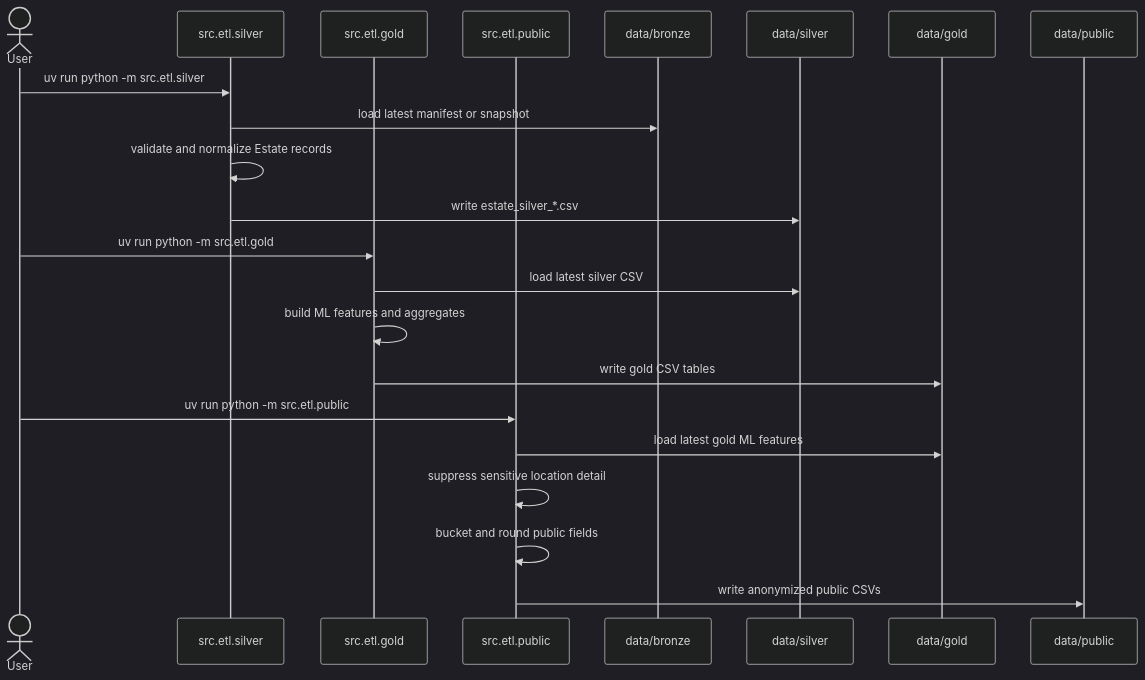
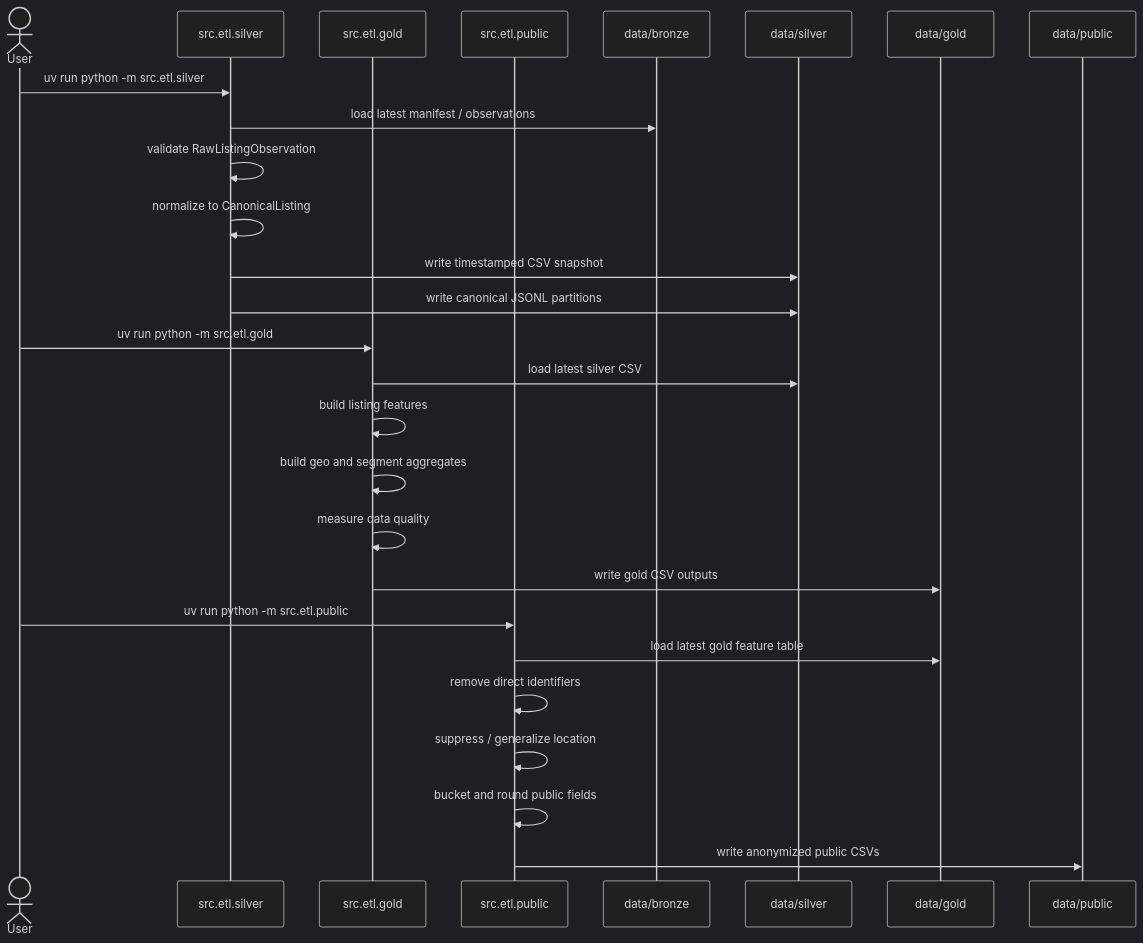
One commit to bi3lu/polish-real-estate-price-aggregates changed the diagram in docs/etl-sequence.md. Above: the diagram before and after it, drawn with Mermaid (dark theme). The commit also changed other lines of this file and 49 other files, not shown here.

````diff
--- a/docs/etl-sequence.md
+++ b/docs/etl-sequence.md
@@ -3,27 +3,32 @@
 ```mermaid
 sequenceDiagram
     actor User
     participant Silver as src.etl.silver
     participant Gold as src.etl.gold
     participant Public as src.etl.public
-    participant BronzeData as data/bronze
+    participant Bronze as data/bronze
     participant SilverData as data/silver
     participant GoldData as data/gold
     participant PublicData as data/public
 
     User->>Silver: uv run python -m src.etl.silver
-    Silver->>BronzeData: load latest manifest or snapshot
-    Silver->>Silver: validate and normalize Estate records
-    Silver->>SilverData: write estate_silver_*.csv
+    Silver->>Bronze: load latest manifest / observations
+    Silver->>Silver: validate RawListingObservation
+    Silver->>Silver: normalize to CanonicalListing
+    Silver->>SilverData: write timestamped CSV snapshot
+    Silver->>SilverData: write canonical JSONL partitions
 
     User->>Gold: uv run python -m src.etl.gold
     Gold->>SilverData: load latest silver CSV
-    Gold->>Gold: build ML features and aggregates
-    Gold->>GoldData: write gold CSV tables
+    Gold->>Gold: build listing features
+    Gold->>Gold: build geo and segment aggregates
+    Gold->>Gold: measure data quality
+    Gold->>GoldData: write gold CSV outputs
 
     User->>Public: uv run python -m src.etl.public
-    Public->>GoldData: load latest gold ML features
-    Public->>Public: suppress sensitive location detail
+    Public->>GoldData: load latest gold feature table
+    Public->>Public: remove direct identifiers
+    Public->>Public: suppress / generalize location
     Public->>Public: bucket and round public fields
     Public->>PublicData: write anonymized public CSVs
 ```
````
